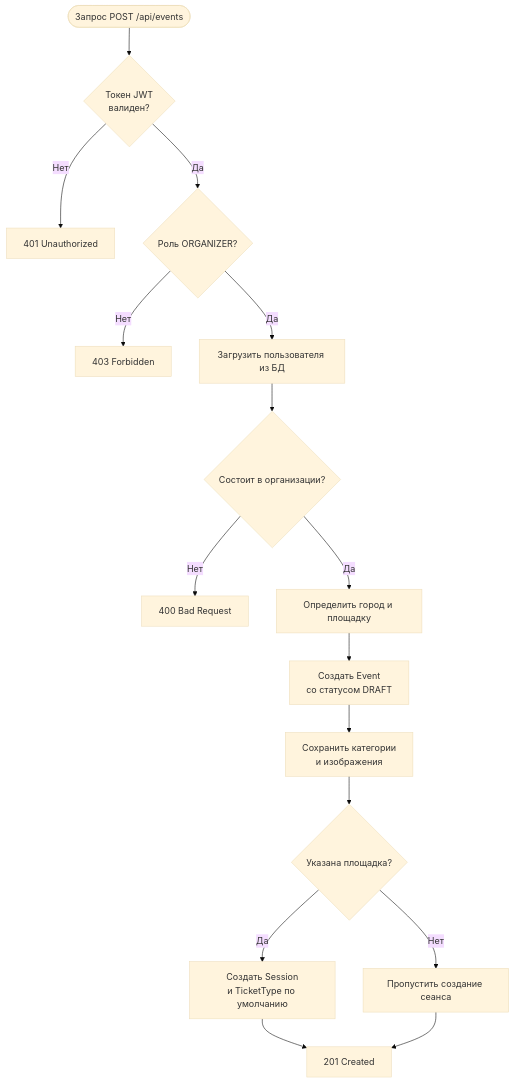
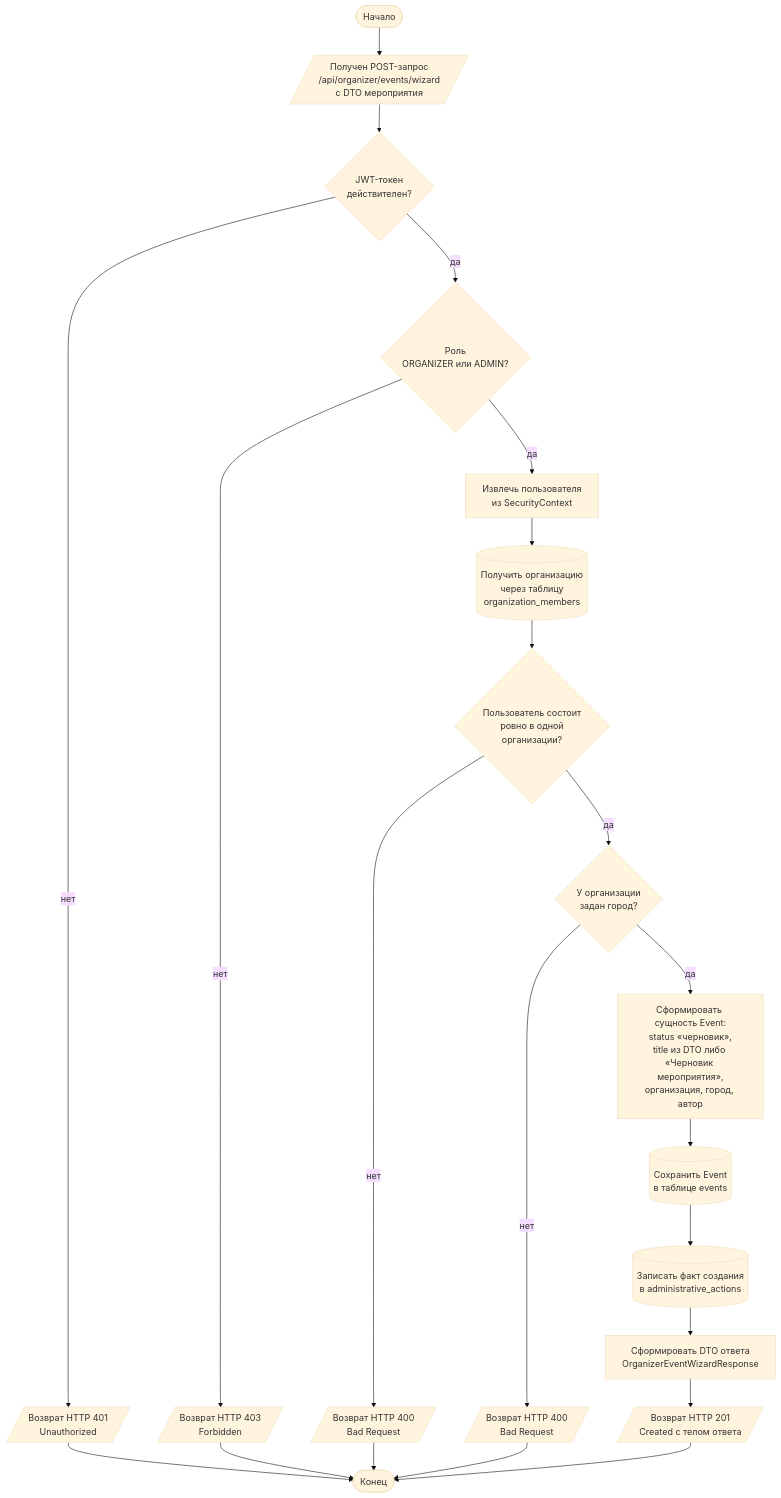
Before and after one commit to akarui-shi/festival-app: the seventh of 13 diagrams in diplom/diplom.md, drawn with Mermaid (base theme). The commit also changed other lines of this file, not shown here.

````diff
--- a/diplom/diplom.md
+++ b/diplom/diplom.md
@@ -1245,18 +1245,24 @@
 ```mermaid
 flowchart TD
-    A([Запрос POST /api/events]) --> B{Токен JWT\nвалиден?}
-    B -- Нет --> C[401 Unauthorized]
-    B -- Да --> D{Роль ORGANIZER?}
-    D -- Нет --> E[403 Forbidden]
-    D -- Да --> F[Загрузить пользователя из БД]
-    F --> G{Состоит в организации?}
-    G -- Нет --> H[400 Bad Request]
-    G -- Да --> I[Определить город и площадку]
-    I --> J[Создать Event\nсо статусом DRAFT]
-    J --> K[Сохранить категории\nи изображения]
-    K --> L{Указана площадка?}
-    L -- Да --> M[Создать Session\nи TicketType по умолчанию]
-    L -- Нет --> N[Пропустить создание сеанса]
-    M --> O[201 Created]
-    N --> O
+    Start([Начало]) --> In[/Получен POST-запрос<br/>/api/organizer/events/wizard<br/>с DTO мероприятия/]
+    In --> Jwt{JWT-токен<br/>действителен?}
+    Jwt -- нет --> Out401[/Возврат HTTP 401<br/>Unauthorized/]
+    Jwt -- да --> Role{Роль<br/>ORGANIZER или ADMIN?}
+    Role -- нет --> Out403[/Возврат HTTP 403<br/>Forbidden/]
+    Role -- да --> Load[Извлечь пользователя<br/>из SecurityContext]
+    Load --> FindOrg[(Получить организацию<br/>через таблицу<br/>organization_members)]
+    FindOrg --> CheckOrg{Пользователь состоит<br/>ровно в одной<br/>организации?}
+    CheckOrg -- нет --> Out400a[/Возврат HTTP 400<br/>Bad Request/]
+    CheckOrg -- да --> CheckCity{У организации<br/>задан город?}
+    CheckCity -- нет --> Out400b[/Возврат HTTP 400<br/>Bad Request/]
+    CheckCity -- да --> Build[Сформировать сущность Event:<br/>status «черновик»,<br/>title из DTO либо «Черновик мероприятия»,<br/>организация, город, автор]
+    Build --> Save[(Сохранить Event<br/>в таблице events)]
+    Save --> Audit[(Записать факт создания<br/>в administrative_actions)]
+    Audit --> Resp[Сформировать DTO ответа<br/>OrganizerEventWizardResponse]
+    Resp --> Out201[/Возврат HTTP 201<br/>Created с телом ответа/]
+    Out401 --> End([Конец])
+    Out403 --> End
+    Out400a --> End
+    Out400b --> End
+    Out201 --> End
 ```
````
